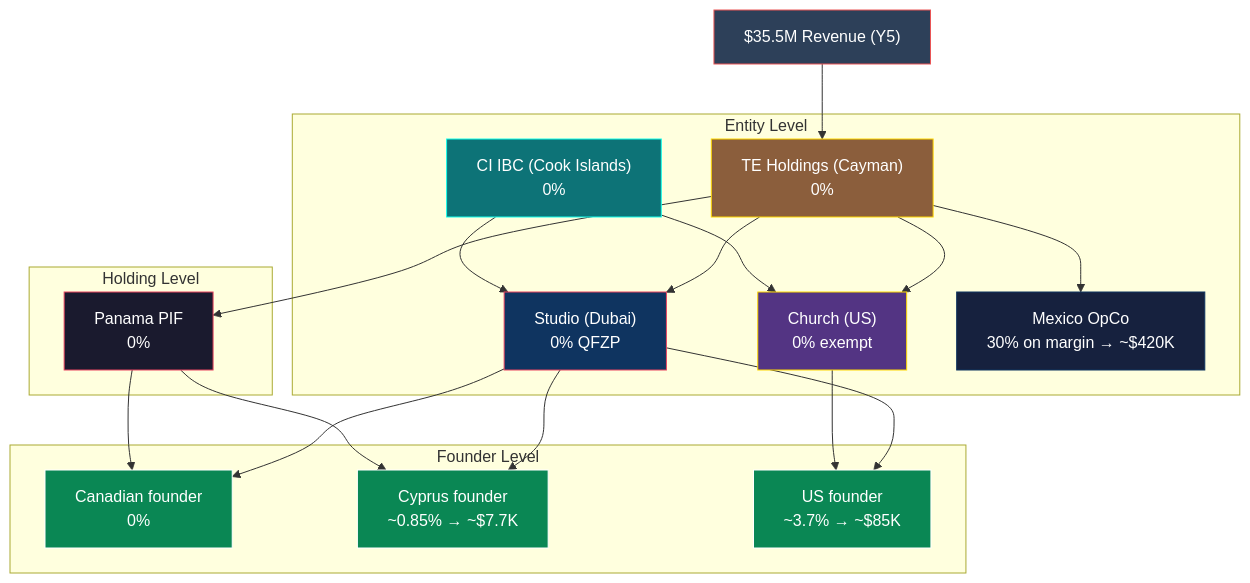
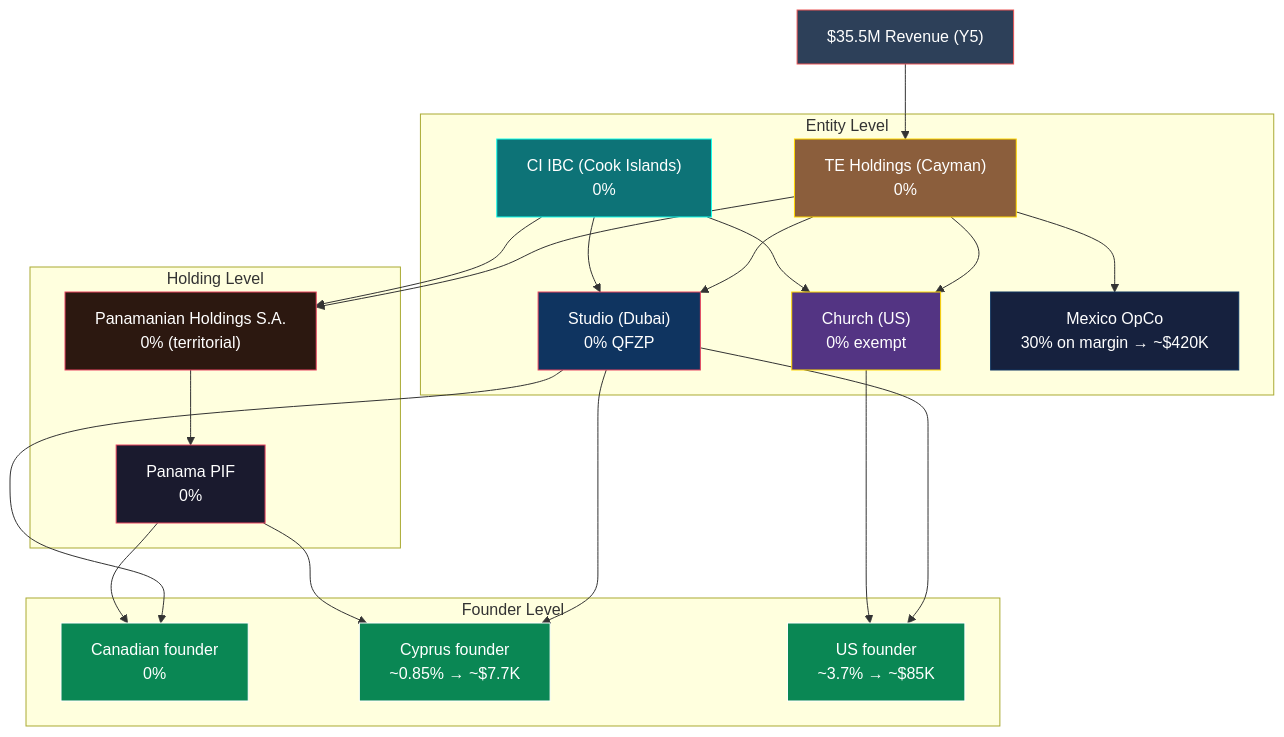
Diagram 14 of 16 in docs/tax-structure/01-MASTER-STRUCTURE.md (Light-Brands/epic-center), drawn with Mermaid before and after one commit. The commit also changed other lines of this file and 9 other files, not shown here.

First line of the commit message:
Insert Panamanian Holdings S.A. between PIF and operating entities

````diff
--- a/docs/tax-structure/01-MASTER-STRUCTURE.md
+++ b/docs/tax-structure/01-MASTER-STRUCTURE.md
@@ -381,48 +407,52 @@
 ```mermaid
 graph TB
     REV["$35.5M Revenue (Y5)"]
 
     subgraph "Entity Level"
         HOLD["TE Holdings (Cayman)<br/>0%"]
         STUD["Studio (Dubai)<br/>0% QFZP"]
         CIBC["CI IBC (Cook Islands)<br/>0%"]
         CHUR["Church (US)<br/>0% exempt"]
         MEXO["Mexico OpCo<br/>30% on margin → ~$420K"]
     end
 
     subgraph "Holding Level"
+        SAF["Panamanian Holdings S.A.<br/>0% (territorial)"]
         PIFF["Panama PIF<br/>0%"]
     end
 
     subgraph "Founder Level"
         FCA["Canadian founder<br/>0%"]
         FCY["Cyprus founder<br/>~0.85% → ~$7.7K"]
         FUS["US founder<br/>~3.7% → ~$85K"]
     end
 
     REV --> HOLD
     HOLD --> STUD
     HOLD --> MEXO
     HOLD --> CHUR
     CIBC --> STUD
     CIBC --> CHUR
 
-    HOLD --> PIFF
+    HOLD --> SAF
+    CIBC --> SAF
+    SAF --> PIFF
     STUD --> FUS
     STUD --> FCA
     STUD --> FCY
     CHUR --> FUS
     PIFF --> FCA
     PIFF --> FCY
 
     style REV fill:#2d4059,stroke:#ea5455,color:#fff
     style HOLD fill:#8b5e3c,stroke:#ffd700,color:#fff
     style STUD fill:#0f3460,stroke:#e94560,color:#fff
     style CIBC fill:#0d7377,stroke:#14ffec,color:#fff
     style CHUR fill:#533483,stroke:#ffd700,color:#fff
     style MEXO fill:#16213e,stroke:#0f3460,color:#fff
+    style SAF fill:#2c1810,stroke:#e94560,color:#fff
     style PIFF fill:#1a1a2e,stroke:#e94560,color:#fff
     style FCA fill:#0a8754,stroke:#fff,color:#fff
     style FCY fill:#0a8754,stroke:#fff,color:#fff
     style FUS fill:#0a8754,stroke:#fff,color:#fff
 ```
````
